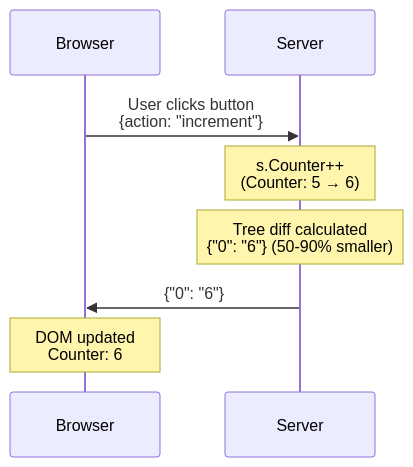
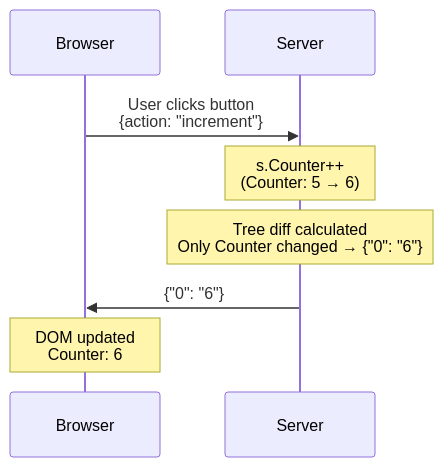
The diagram in README.md (livetemplate/livetemplate), drawn with Mermaid before and after one commit. The commit also changed other lines of this file and 1 other file, not shown here.

First line of the commit message:
Refactor README to clarify LiveTemplate's architecture and benefits (#133)

````diff
--- a/README.md
+++ b/README.md
@@ -21,11 +25,11 @@
 ```mermaid
 sequenceDiagram
     participant Browser
     participant Server
 
     Browser->>Server: User clicks button<br/>{action: "increment"}
     Note over Server: s.Counter++<br/>(Counter: 5 → 6)
-    Note over Server: Tree diff calculated<br/>{"0": "6"} (50-90% smaller)
+    Note over Server: Tree diff calculated<br/>Only Counter changed → {"0": "6"}
     Server->>Browser: {"0": "6"}
     Note over Browser: DOM updated<br/>Counter: 6
 ```
````
